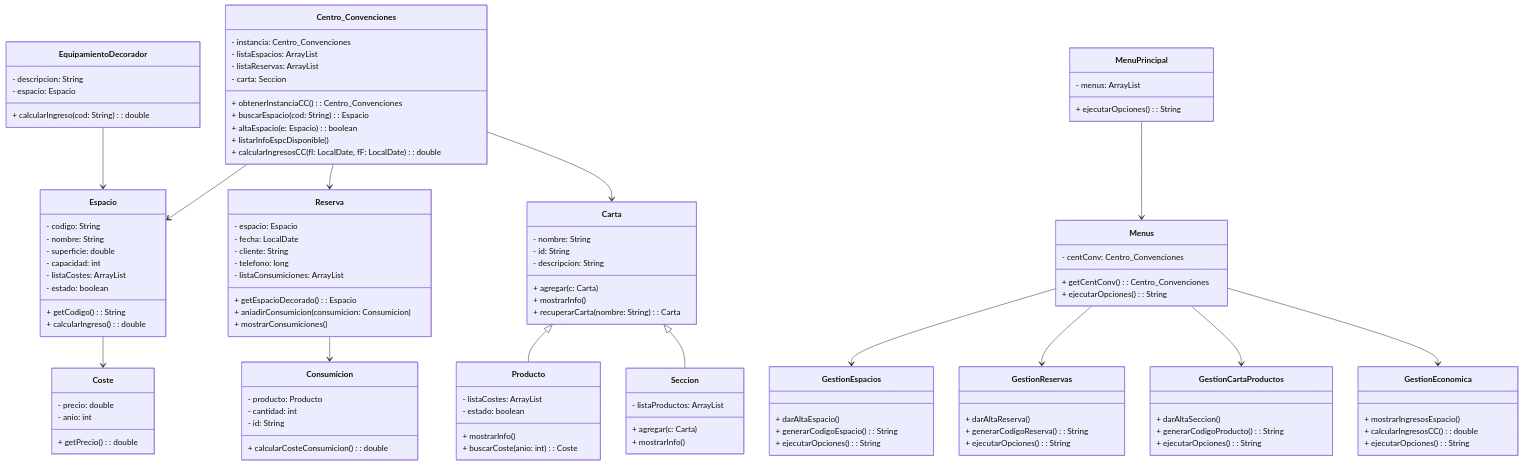
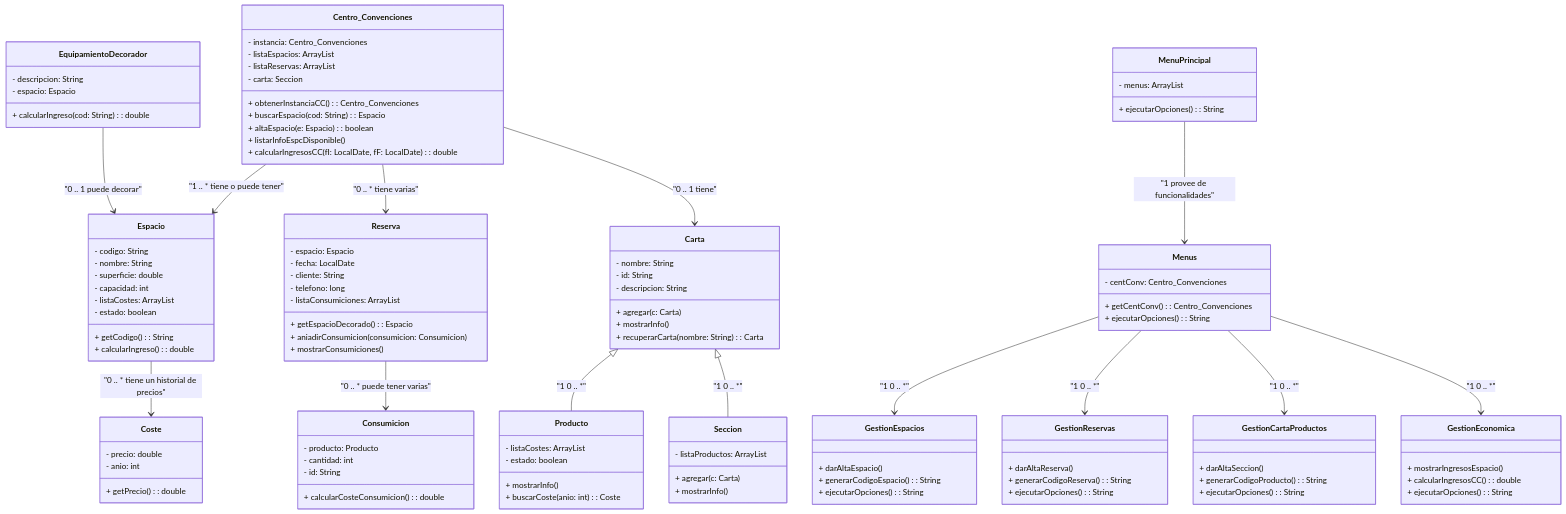
Before and after one commit to asobrados03/Practica_FINAL_CentroDeConvenciones: the diagram in README.md, drawn with Mermaid.

````diff
--- a/README.md
+++ b/README.md
@@ -184,17 +184,17 @@
         + mostrarInfo()
     }
 
-    Centro_Convenciones --> Espacio
-    Centro_Convenciones --> Reserva
-    Centro_Convenciones --> Carta
-    Reserva --> Consumicion
-    EquipamientoDecorador --> Espacio
-    MenuPrincipal --> Menus
-    Menus --> GestionEspacios
-    Menus --> GestionReservas
-    Menus --> GestionCartaProductos
-    Menus --> GestionEconomica
-    Carta <|-- Producto
-    Carta <|-- Seccion
-    Espacio --> Coste
+    Centro_Convenciones --> Espacio : "1 .. * tiene o puede tener"
+    Centro_Convenciones --> Reserva : "0 .. * tiene varias"
+    Centro_Convenciones --> Carta : "0 .. 1 tiene"
+    Reserva --> Consumicion : "0 .. * puede tener varias"
+    EquipamientoDecorador --> Espacio : "0 .. 1 puede decorar"
+    MenuPrincipal --> Menus : "1 provee de funcionalidades"
+    Menus --> GestionEspacios : "1 0 .. *"
+    Menus --> GestionReservas : "1 0 .. *"
+    Menus --> GestionCartaProductos : "1 0 .. *"
+    Menus --> GestionEconomica : "1 0 .. *"
+    Carta <|-- Producto : "1 0 .. *"
+    Carta <|-- Seccion : "1 0 .. *"
+    Espacio --> Coste : "0 .. * tiene un historial de precios"
 ```
````
